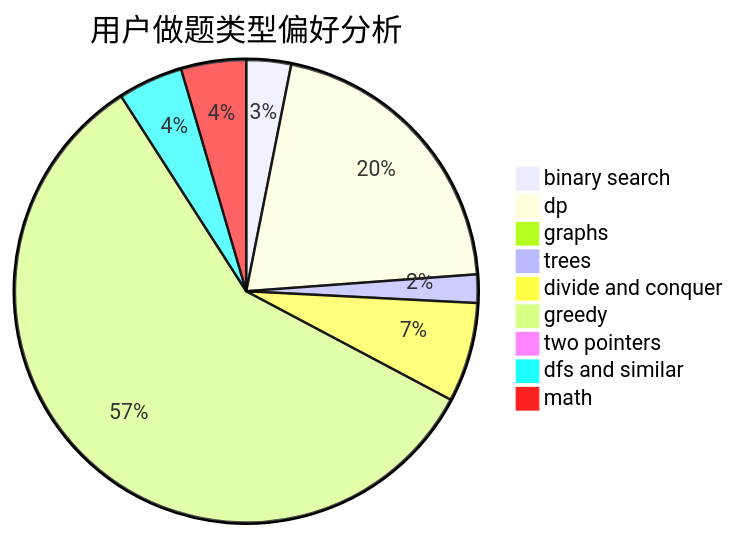
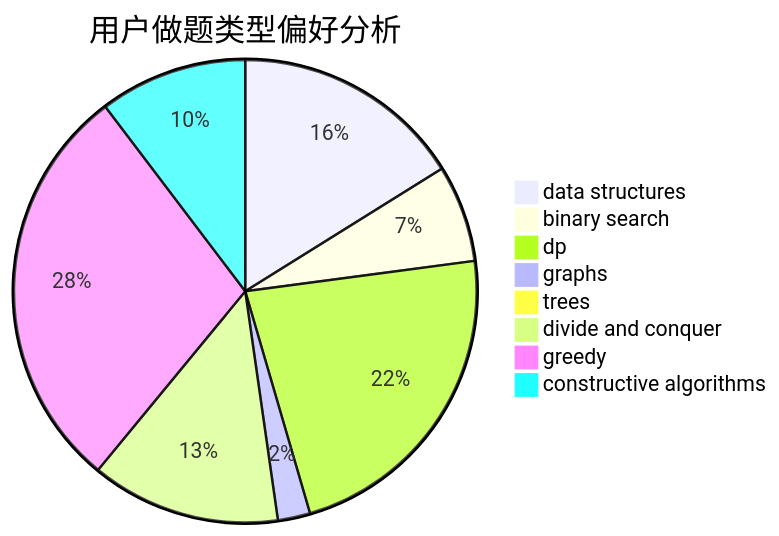
The second of 3 diagrams in docs/user/u2308.md (sherpahu/cfrs.github.io), drawn with Mermaid before and after one commit. The commit also changed other lines of this file and 2775 other files, not shown here.

````diff
--- a/docs/user/u2308.md
+++ b/docs/user/u2308.md
@@ -23,12 +23,11 @@
 ```mermaid
 pie title 用户做题类型偏好分析
-    "binary search" :  22
-    "dp" :  146
+    "data structures" :  50
+    "binary search" :  21
+    "dp" :  70
     "graphs" :  7
-    "trees" :  14
-    "divide and conquer" :  49
-    "greedy" :  410
-    "two pointers" :  5
-    "dfs and similar" :  32
-    "math" :  32
+    "trees" :  3
+    "divide and conquer" :  41
+    "greedy" :  89
+    "constructive algorithms" :  32
 ```
````
